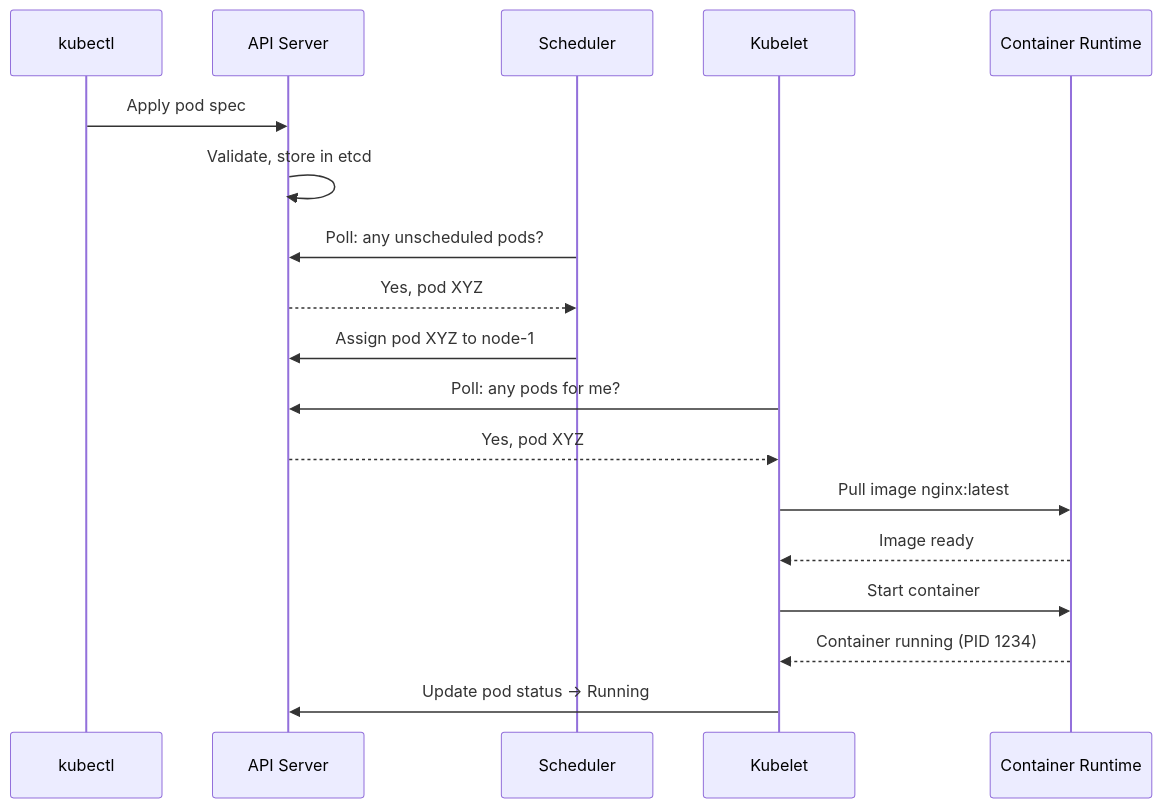
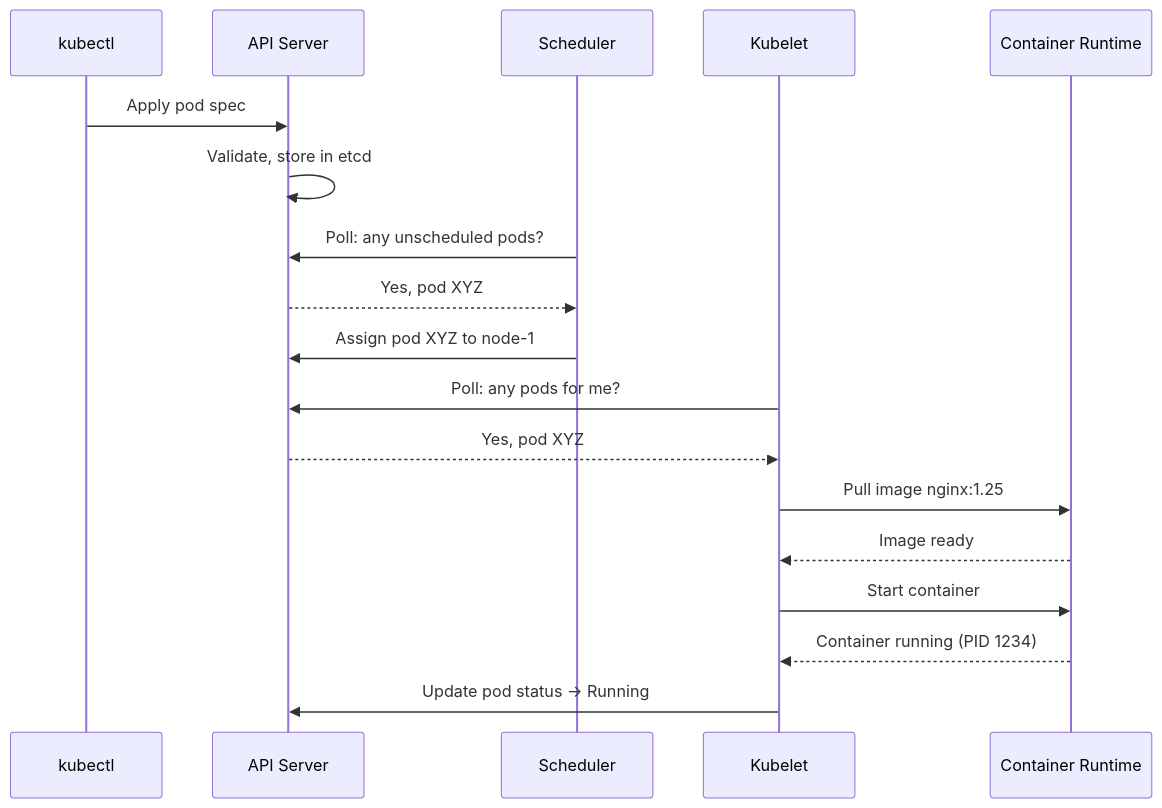
Before and after one commit to vish-simform/k8s-book: the third of 3 diagrams in src/ch01-why-kubernetes/04-worker-nodes.md, drawn with Mermaid. The commit also changed other lines of this file and 116 other files, not shown here.

````diff
--- a/src/ch01-why-kubernetes/04-worker-nodes.md
+++ b/src/ch01-why-kubernetes/04-worker-nodes.md
@@ -105,21 +110,21 @@
 ```mermaid
 sequenceDiagram
     participant K as kubectl
     participant A as API Server
     participant S as Scheduler
     participant KB as Kubelet
     participant CR as Container Runtime
 
     K->>A: Apply pod spec
     A->>A: Validate, store in etcd
     S->>A: Poll: any unscheduled pods?
     A-->>S: Yes, pod XYZ
     S->>A: Assign pod XYZ to node-1
     KB->>A: Poll: any pods for me?
     A-->>KB: Yes, pod XYZ
-    KB->>CR: Pull image nginx:latest
+    KB->>CR: Pull image nginx:1.25
     CR-->>KB: Image ready
     KB->>CR: Start container
     CR-->>KB: Container running (PID 1234)
     KB->>A: Update pod status → Running
 ```
````
